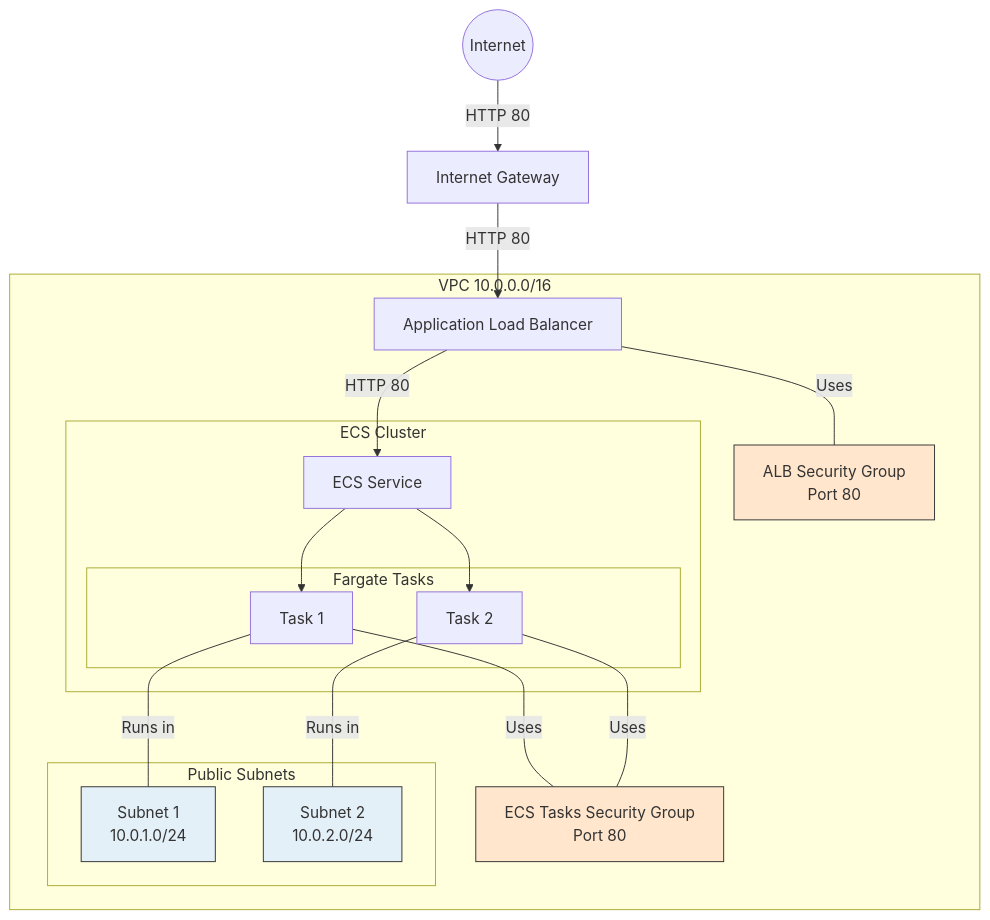
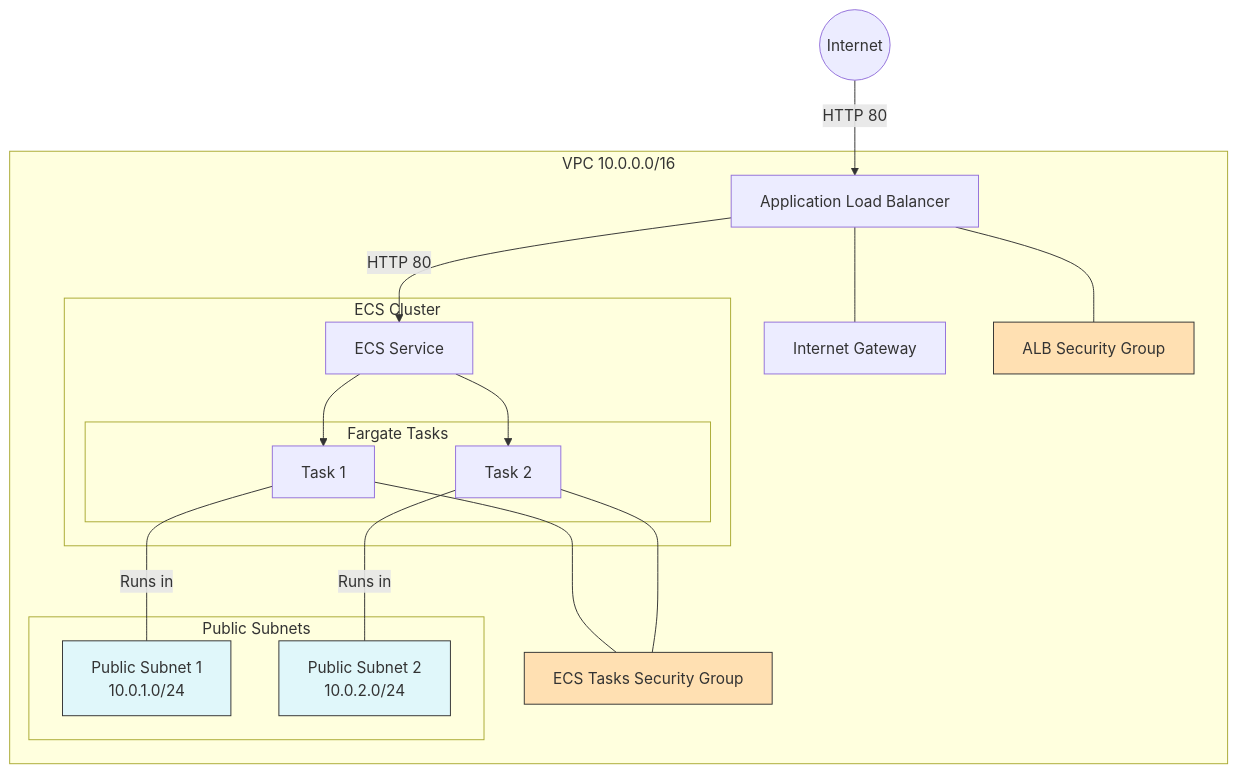
Before and after one commit to tranlehaiquan/website-capture: the diagram in terraform/readme.md, drawn with Mermaid. The commit also changed other lines of this file, not shown here.

Commit message:
update architecture pic

````diff
--- a/terraform/readme.md
+++ b/terraform/readme.md
@@ -11,43 +1,45 @@
 ```mermaid
 graph TD
     subgraph VPC[VPC 10.0.0.0/16]
+        IGW[Internet Gateway]
+        
         subgraph PublicSubnets[Public Subnets]
-            PS1[Subnet 1<br/>10.0.1.0/24]
-            PS2[Subnet 2<br/>10.0.2.0/24]
+            PS1[Public Subnet 1<br/>10.0.1.0/24]
+            PS2[Public Subnet 2<br/>10.0.2.0/24]
         end
         
         ALB[Application Load Balancer]
         
         subgraph ECSCluster[ECS Cluster]
             Service[ECS Service]
             subgraph Tasks[Fargate Tasks]
                 T1[Task 1]
                 T2[Task 2]
             end
         end
         
-        SG_ALB[ALB Security Group<br/>Port 80]
-        SG_ECS[ECS Tasks Security Group<br/>Port 80]
+        SG_ALB[ALB Security Group]
+        SG_ECS[ECS Tasks Security Group]
     end
     
     Internet((Internet))
-    IGW[Internet Gateway]
     
-    Internet -->|HTTP 80| IGW
-    IGW -->|HTTP 80| ALB
+    Internet -->|HTTP 80| ALB
     ALB -->|HTTP 80| Service
     Service --> T1
     Service --> T2
     
-    ALB ---|Uses| SG_ALB
-    T1 ---|Uses| SG_ECS
-    T2 ---|Uses| SG_ECS
+    ALB --- SG_ALB
+    T1 --- SG_ECS
+    T2 --- SG_ECS
+    
+    ALB --- IGW
     
     T1 ---|Runs in| PS1
     T2 ---|Runs in| PS2
     
-    classDef subnet fill:#e4f0f8,stroke:#333
-    classDef sg fill:#ffe6cc,stroke:#333
+    classDef subnet fill:#e0f7fa,stroke:#333
+    classDef sg fill:#ffe0b2,stroke:#333
     class PS1,PS2 subnet
     class SG_ALB,SG_ECS sg
 ```
````
